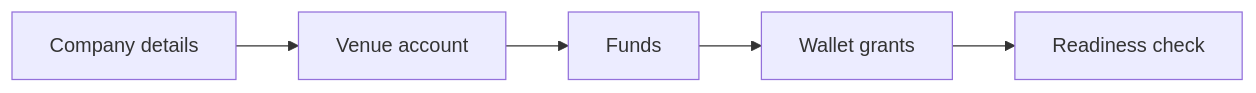
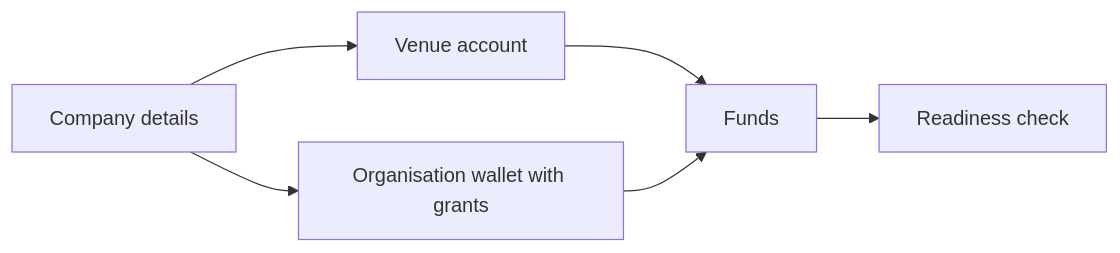
One commit to TetraFi/docs changed the diagram in before-you-trade.mdx. Above: the diagram before and after it, drawn with Mermaid. The commit also changed 14 other files, not shown here.

````diff
--- a/before-you-trade.mdx
+++ b/before-you-trade.mdx
@@ -19,4 +19,6 @@
 ```mermaid
 flowchart LR
-  C[Company details] --> V[Venue account] --> F[Funds] --> G[Wallet grants] --> R[Readiness check]
+  C[Company details] --> V[Venue account] --> F[Funds]
+  C --> G[Organisation wallet with grants] --> F
+  F --> R[Readiness check]
 ```
````
